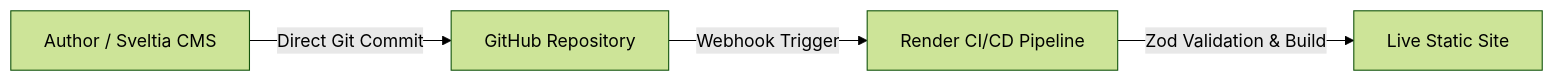
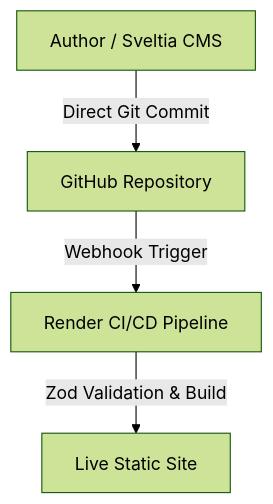
Before and after one commit to write-tim/docs-as-code: the diagram in src/content/docs/philosophy/what-is-docs-as-code.mdx, drawn with Mermaid (forest theme).

Commit message:
Change graph direction from LR to TD

````diff
--- a/src/content/docs/philosophy/what-is-docs-as-code.mdx
+++ b/src/content/docs/philosophy/what-is-docs-as-code.mdx
@@ -24,6 +24,6 @@
 ```mermaid
-graph LR
+graph TD
     A[Author / Sveltia CMS] -->|Direct Git Commit| B[GitHub Repository];
     B -->|Webhook Trigger| C[Render CI/CD Pipeline];
     C -->|Zod Validation & Build| D[Live Static Site];
 ```
````
